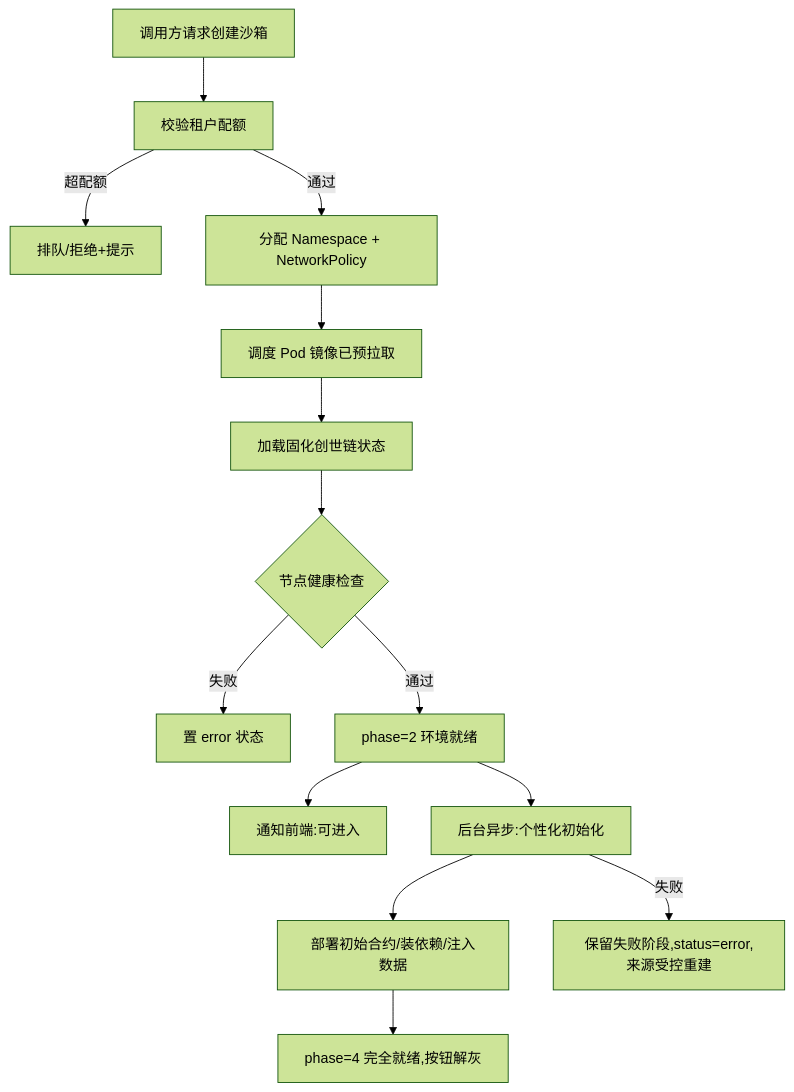
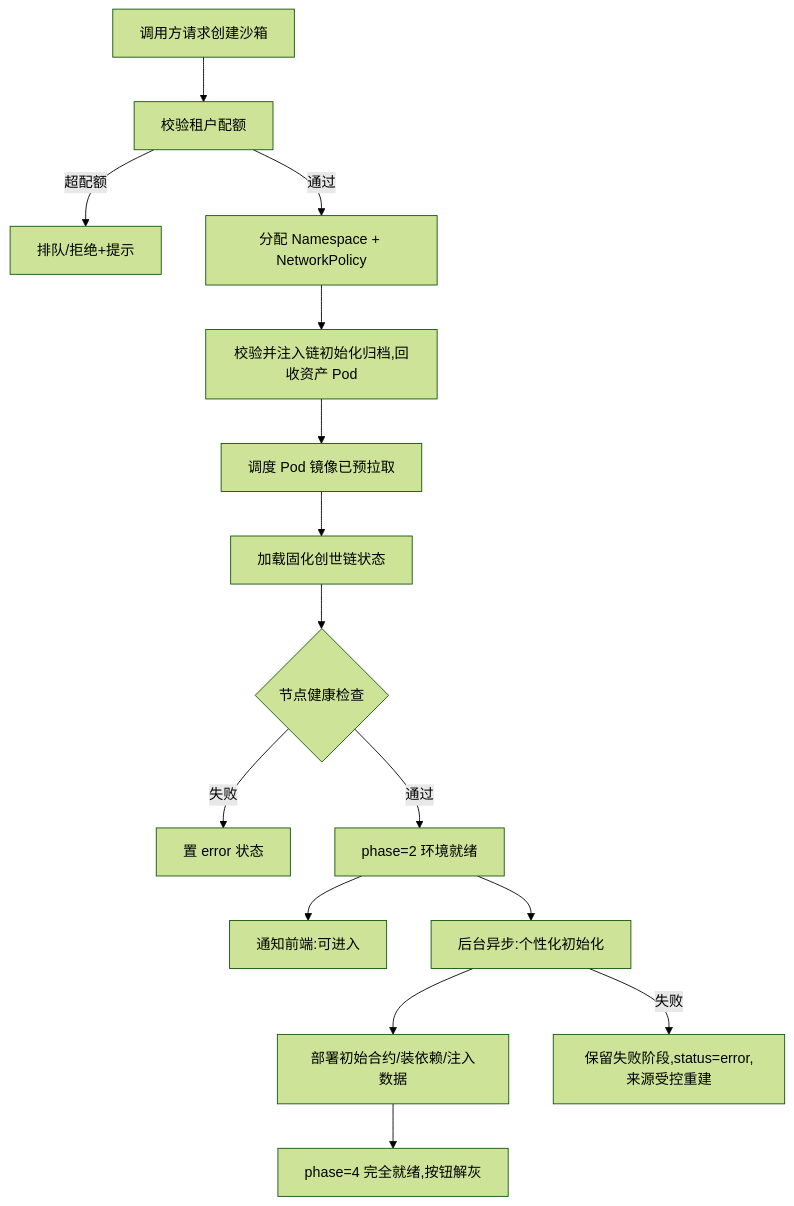
The first of 7 diagrams in docs/02-沙箱引擎/05-业务流程与状态机.md (menghuishisan/CHAIMIR), drawn with Mermaid (forest theme) before and after one commit. The commit also changed other lines of this file and 995 other files, not shown here.

````diff
--- a/docs/02-沙箱引擎/05-业务流程与状态机.md
+++ b/docs/02-沙箱引擎/05-业务流程与状态机.md
@@ -10,16 +10,17 @@
 ```mermaid
 flowchart TD
     A[调用方请求创建沙箱] --> B[校验租户配额]
     B -->|超配额| Z[排队/拒绝+提示]
     B -->|通过| C[分配 Namespace + NetworkPolicy]
-    C --> D[调度 Pod 镜像已预拉取]
+    C --> P[校验并注入链初始化归档,回收资产 Pod]
+    P --> D[调度 Pod 镜像已预拉取]
     D --> E[加载固化创世链状态]
     E --> F{节点健康检查}
     F -->|失败| ERR[置 error 状态]
     F -->|通过| G[phase=2 环境就绪]
     G --> H[通知前端:可进入]
     G --> I[后台异步:个性化初始化]
     I --> J[部署初始合约/装依赖/注入数据]
     J --> K[phase=4 完全就绪,按钮解灰]
     I -->|失败| E2[保留失败阶段,status=error,来源受控重建]
 ```
````
